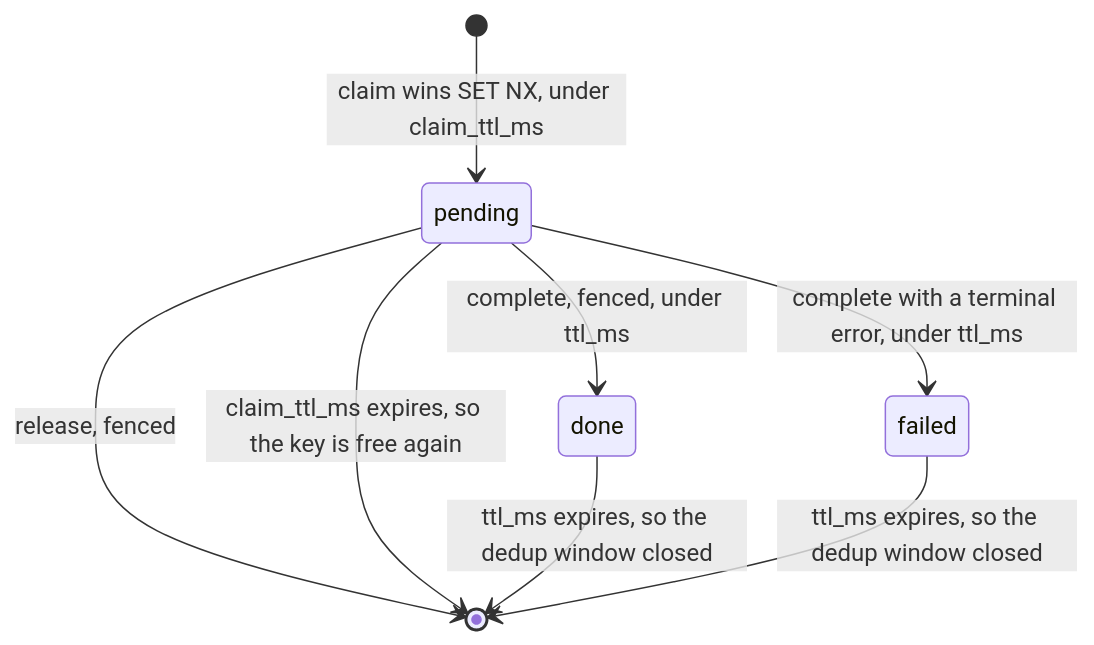
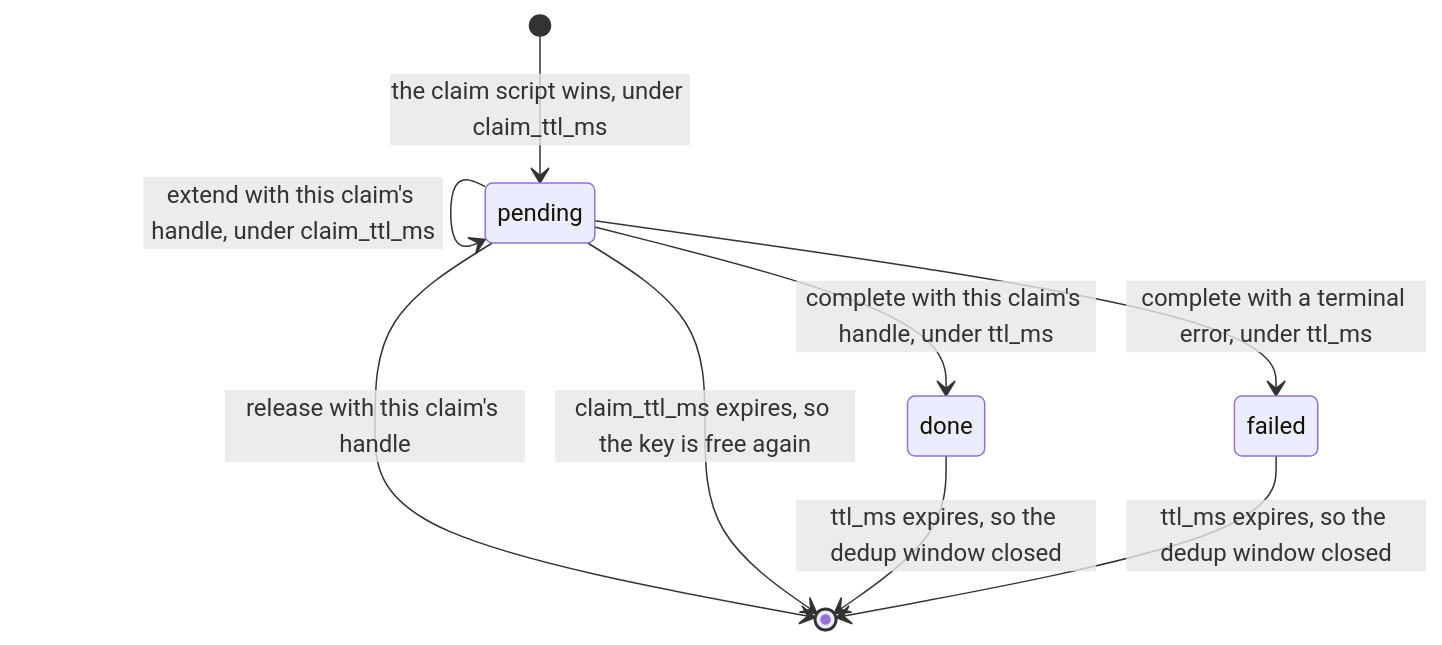
One commit to haskian/edax changed the first of 2 diagrams in docs/backends/redis.md. Above: the diagram before and after it, drawn with Mermaid. The commit also changed other lines of this file and 234 other files, not shown here.

````diff
--- a/docs/backends/redis.md
+++ b/docs/backends/redis.md
@@ -11,10 +12,11 @@
 ```mermaid
 stateDiagram-v2
-    [*] --> pending : claim wins SET NX, under claim_ttl_ms
-    pending --> done : complete, fenced, under ttl_ms
+    [*] --> pending : the claim script wins, under claim_ttl_ms
+    pending --> pending : extend with this claim's handle, under claim_ttl_ms
+    pending --> done : complete with this claim's handle, under ttl_ms
     pending --> failed : complete with a terminal error, under ttl_ms
-    pending --> [*] : release, fenced
+    pending --> [*] : release with this claim's handle
     pending --> [*] : claim_ttl_ms expires, so the key is free again
     done --> [*] : ttl_ms expires, so the dedup window closed
     failed --> [*] : ttl_ms expires, so the dedup window closed
 ```
````
